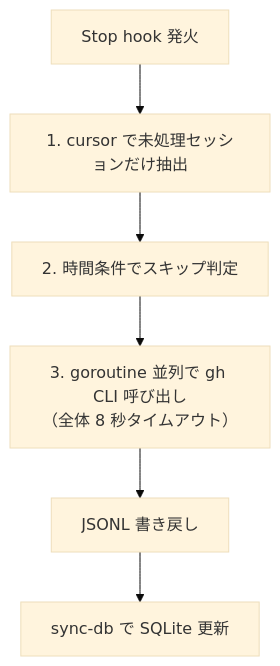
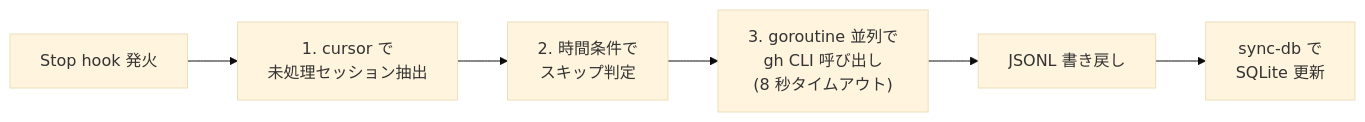
The second of 3 diagrams in site/content/explain/hooks/index.md (ishii1648/hitl-metrics), drawn with Mermaid (base theme) before and after one commit. The commit also changed 2 other files, not shown here.

````diff
--- a/site/content/explain/hooks/index.md
+++ b/site/content/explain/hooks/index.md
@@ -49,11 +49,12 @@
 ```mermaid
-flowchart TB
+%%{init: {'flowchart': {'useMaxWidth': false}}}%%
+flowchart LR
     A["Stop hook 発火"]
-    B["1. cursor で未処理セッションだけ抽出"]
-    C["2. 時間条件でスキップ判定"]
-    D["3. goroutine 並列で gh CLI 呼び出し<br/>（全体 8 秒タイムアウト）"]
+    B["1. cursor で<br/>未処理セッション抽出"]
+    C["2. 時間条件で<br/>スキップ判定"]
+    D["3. goroutine 並列で<br/>gh CLI 呼び出し<br/>(8 秒タイムアウト)"]
     E["JSONL 書き戻し"]
-    F["sync-db で SQLite 更新"]
+    F["sync-db で<br/>SQLite 更新"]
 
     A --> B --> C --> D --> E --> F
 ```
````
